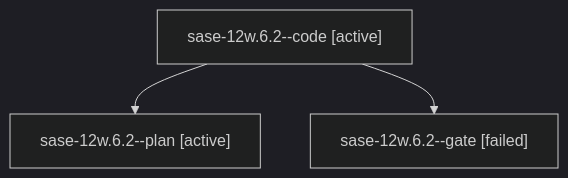
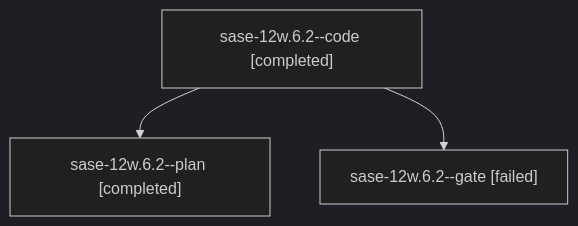
One commit to sase-org/sase--agents changed the diagram in families/bbugyi200.athena.sase-12w.6.2.md. Above: the diagram before and after it, drawn with Mermaid (dark theme). The commit also changed other lines of this file and 113 other files, not shown here.

````diff
--- a/families/bbugyi200.athena.sase-12w.6.2.md
+++ b/families/bbugyi200.athena.sase-12w.6.2.md
@@ -9,8 +9,8 @@
 ```mermaid
 flowchart TD
-  n0["sase-12w.6.2--code [active]"]
-  n1["sase-12w.6.2--plan [active]"]
+  n0["sase-12w.6.2--code [completed]"]
+  n1["sase-12w.6.2--plan [completed]"]
   n0 --> n1
   n2["sase-12w.6.2--gate [failed]"]
   n0 --> n2
 ```
````
